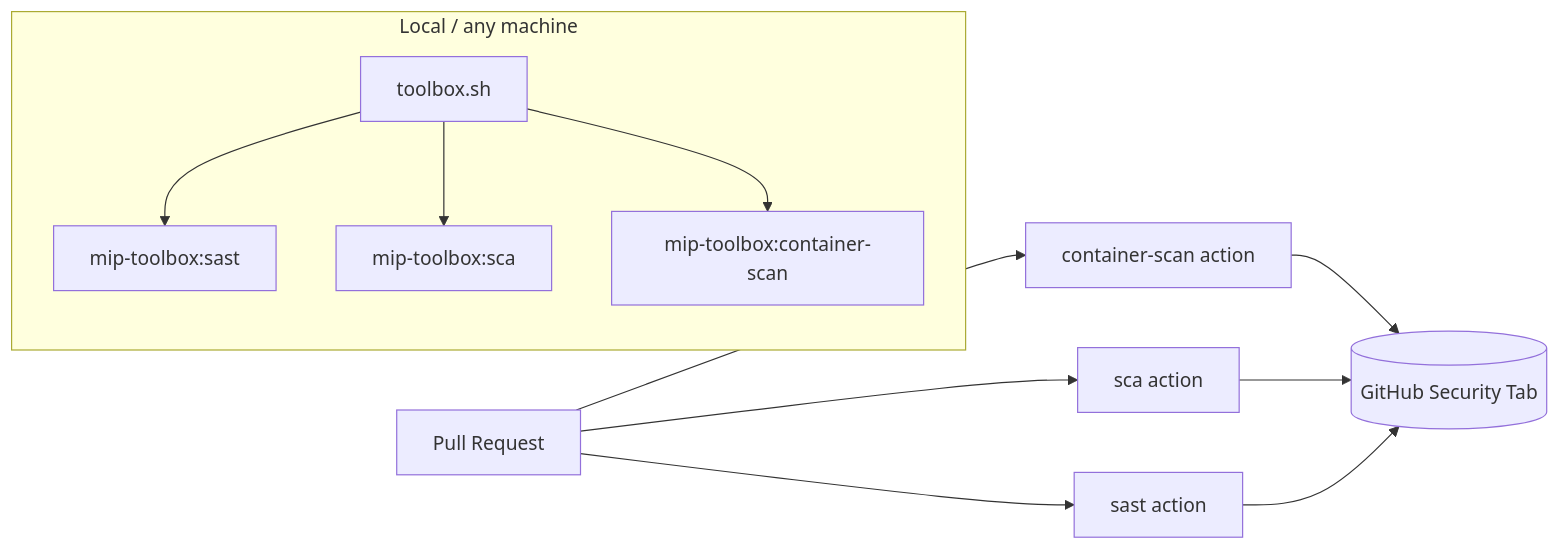
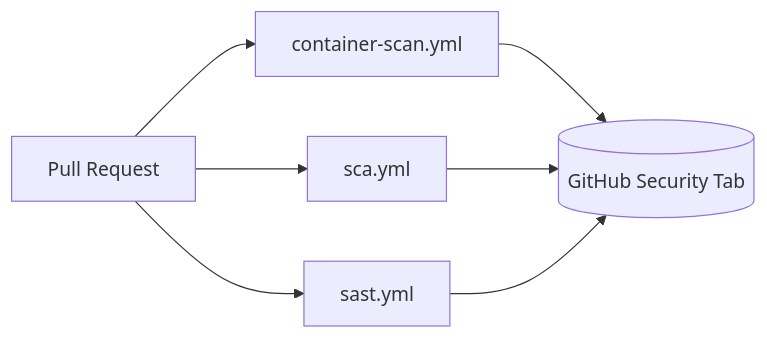
Before and after one commit to moghit-eou/DevSecOps-CI-pipelines: the diagram in README.md, drawn with Mermaid. The commit also changed other lines of this file and 22 other files, not shown here.

````diff
--- a/README.md
+++ b/README.md
@@ -71,12 +46,6 @@
 ```mermaid
 flowchart LR
-    PR["Pull Request"] --> CS["container-scan action"] --> SEC[("GitHub Security Tab")]
-    PR --> SCA["sca action"] --> SEC
-    PR --> SAST["sast action"] --> SEC
-
-    subgraph Local["Local / any machine"]
-      TB["toolbox.sh"] --> IMG1["mip-toolbox:sast"]
-      TB --> IMG2["mip-toolbox:sca"]
-      TB --> IMG3["mip-toolbox:container-scan"]
-    end
+    PR["Pull Request"] --> CS["container-scan.yml"] --> SEC[("GitHub Security Tab")]
+    PR --> SCA["sca.yml"] --> SEC
+    PR --> SAST["sast.yml"] --> SEC
 ```
````
